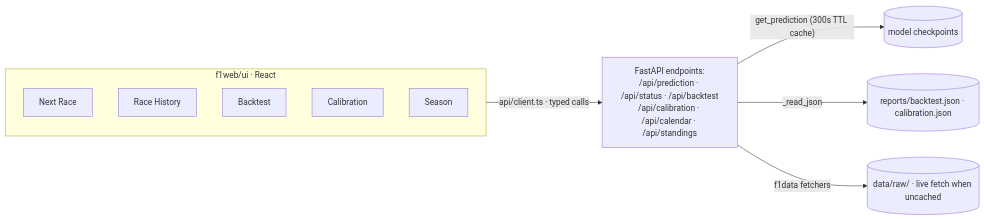
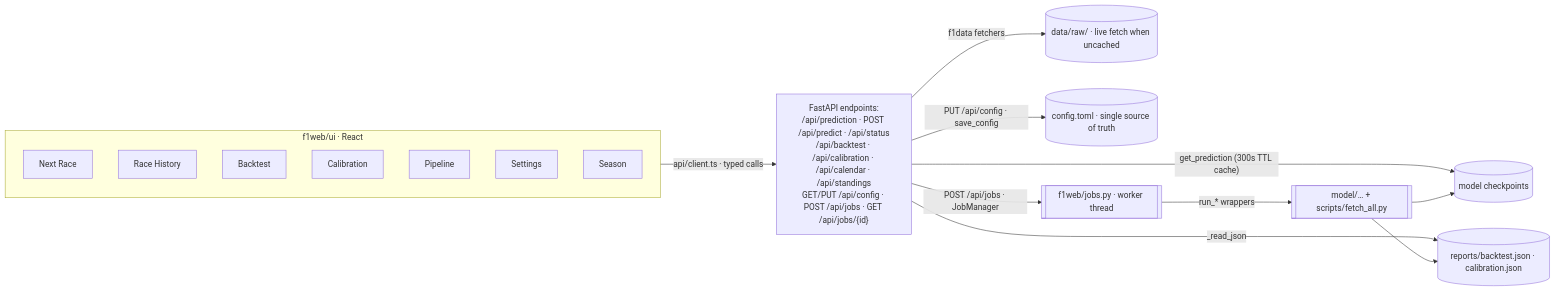
The fourth of 4 diagrams in OVERVIEW.md (IUKomplexi/f1-result-predictor), drawn with Mermaid before and after one commit. The commit also changed other lines of this file and 21 other files, not shown here.

````diff
--- a/OVERVIEW.md
+++ b/OVERVIEW.md
@@ -111,14 +111,21 @@
 ```mermaid
 flowchart LR
     subgraph SPA["f1web/ui · React"]
         A["Next Race"]
         B["Race History"]
         C["Backtest"]
         D["Calibration"]
-        E["Season"]
+        E["Pipeline"]
+        F["Settings"]
+        G["Season"]
     end
-    SPA -->|"api/client.ts · typed calls"| API["FastAPI endpoints:<br/>/api/prediction · /api/status · /api/backtest<br/>/api/calibration · /api/calendar · /api/standings"]
+    SPA -->|"api/client.ts · typed calls"| API["FastAPI endpoints:<br/>/api/prediction · POST /api/predict · /api/status<br/>/api/backtest · /api/calibration · /api/calendar · /api/standings<br/>GET/PUT /api/config · POST /api/jobs · GET /api/jobs/{id}"]
     API -->|"get_prediction (300s TTL cache)"| CP[("model checkpoints")]
     API -->|"_read_json"| RP[("reports/backtest.json · calibration.json")]
     API -->|"f1data fetchers"| RAW[("data/raw/ · live fetch when uncached")]
+    API -->|"PUT /api/config · save_config"| CT[("config.toml · single source of truth")]
+    API -->|"POST /api/jobs · JobManager"| JOBS[["f1web/jobs.py · worker thread"]]
+    JOBS -->|"run_* wrappers"| PL[["model/… + scripts/fetch_all.py"]]
+    PL --> RP
+    PL --> CP
 ```
````
